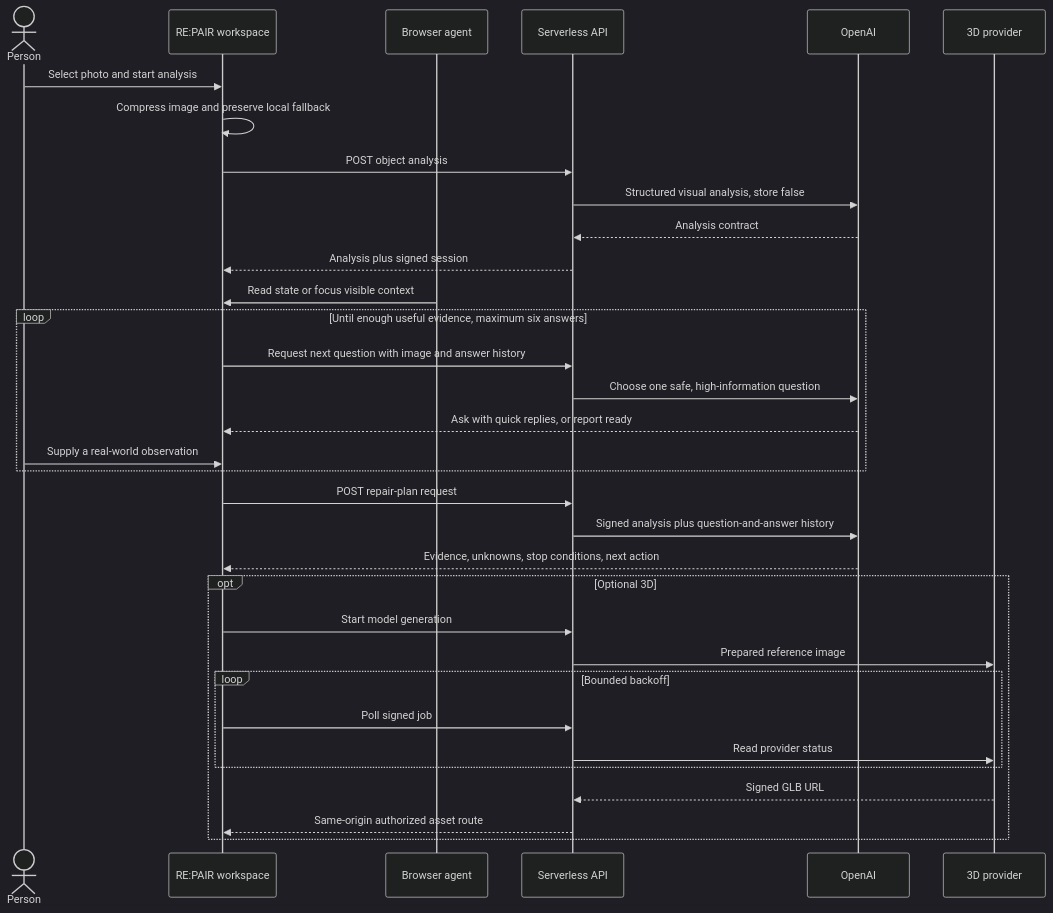
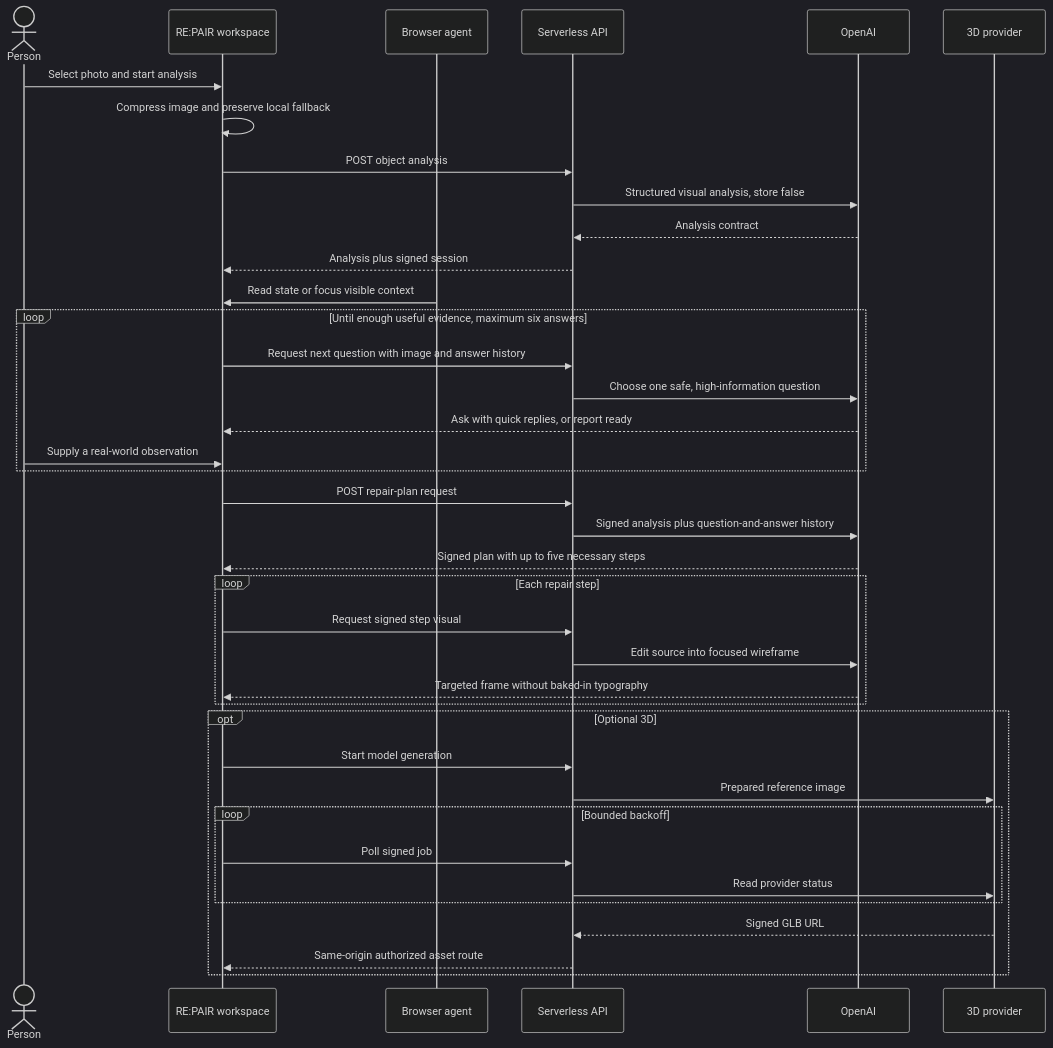
One commit to appdever01/repair-webmcp changed the second of 2 diagrams in README.md. Above: the diagram before and after it, drawn with Mermaid (dark theme). The commit also changed other lines of this file and 44 other files, not shown here.

First line of the commit message:
feat: enhance repair guidance and visual elements

````diff
--- a/README.md
+++ b/README.md
@@ -296,36 +302,41 @@
 ```mermaid
 sequenceDiagram
   actor Person
   participant UI as RE:PAIR workspace
   participant Agent as Browser agent
   participant API as Serverless API
   participant OpenAI
   participant Provider as 3D provider
 
   Person->>UI: Select photo and start analysis
   UI->>UI: Compress image and preserve local fallback
   UI->>API: POST object analysis
   API->>OpenAI: Structured visual analysis, store false
   OpenAI-->>API: Analysis contract
   API-->>UI: Analysis plus signed session
   Agent->>UI: Read state or focus visible context
   loop Until enough useful evidence, maximum six answers
     UI->>API: Request next question with image and answer history
     API->>OpenAI: Choose one safe, high-information question
     OpenAI-->>UI: Ask with quick replies, or report ready
     Person->>UI: Supply a real-world observation
   end
   UI->>API: POST repair-plan request
   API->>OpenAI: Signed analysis plus question-and-answer history
-  OpenAI-->>UI: Evidence, unknowns, stop conditions, next action
+  OpenAI-->>UI: Signed plan with up to five necessary steps
+  loop Each repair step
+    UI->>API: Request signed step visual
+    API->>OpenAI: Edit source into focused wireframe
+    OpenAI-->>UI: Targeted frame without baked-in typography
+  end
   opt Optional 3D
     UI->>API: Start model generation
     API->>Provider: Prepared reference image
     loop Bounded backoff
       UI->>API: Poll signed job
       API->>Provider: Read provider status
     end
     Provider-->>API: Signed GLB URL
     API-->>UI: Same-origin authorized asset route
   end
 ```
````
